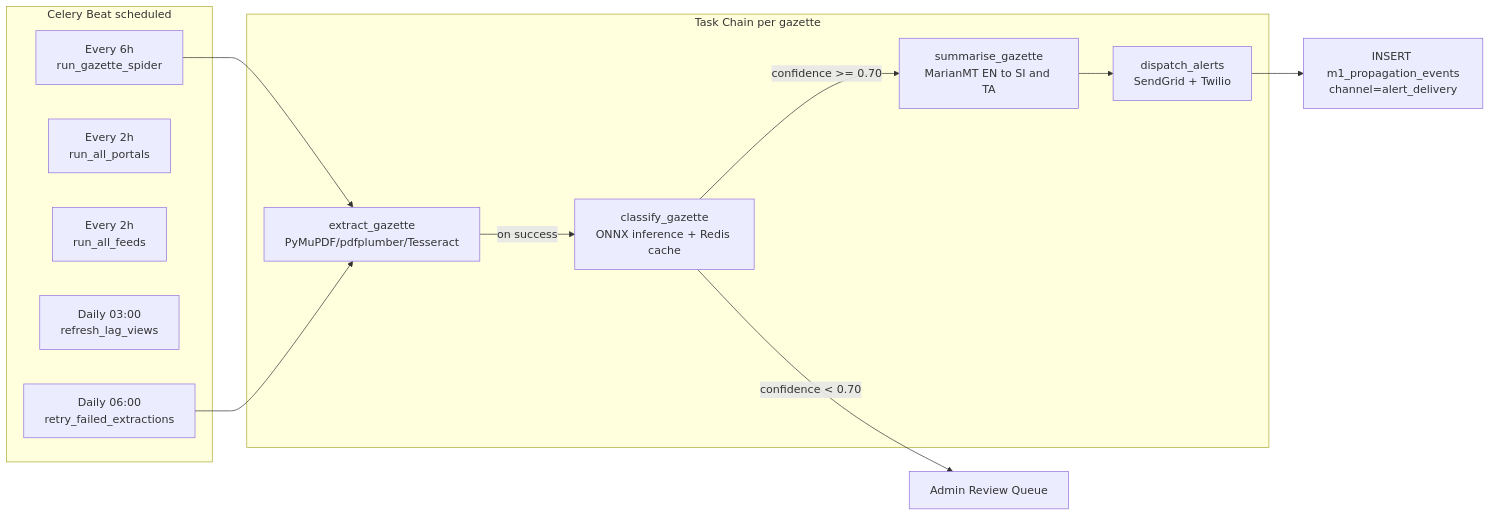
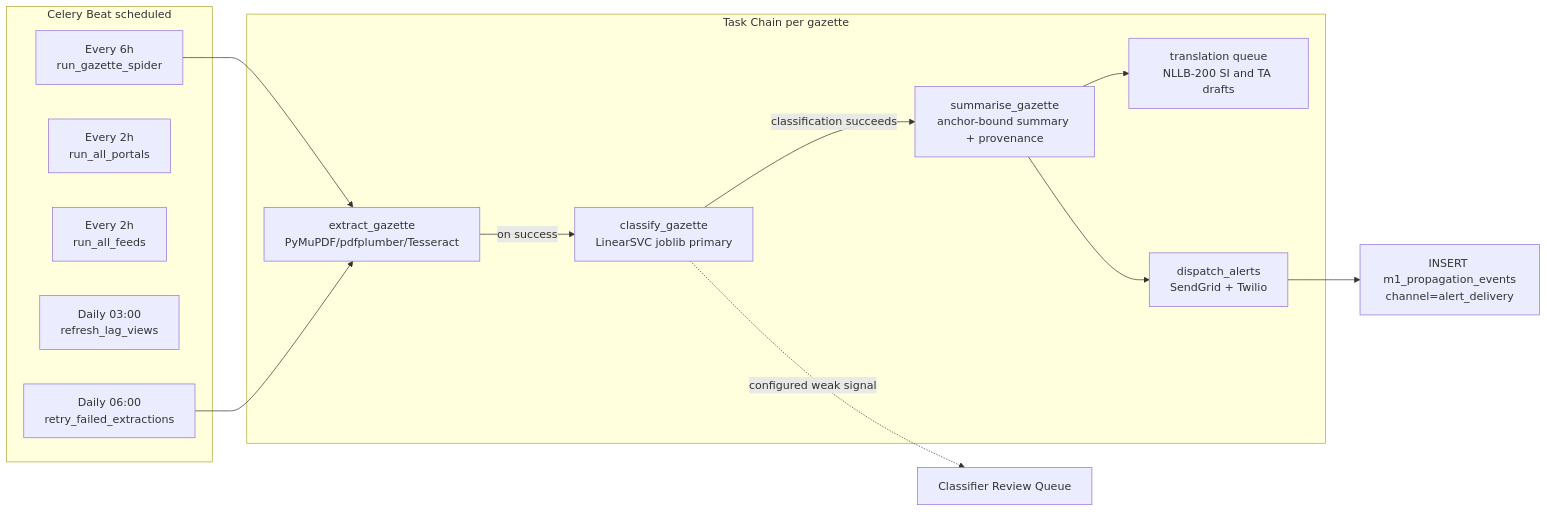
One commit to ifham-mohamed/obs-sme changed the second of 3 diagrams in 02-Research-Modules/1 Module-1-Awareness-Gap/08_M1_Full_System_Architecture.md. Above: the diagram before and after it, drawn with Mermaid. The commit also changed other lines of this file and 110 other files, not shown here.

````diff
--- a/02-Research-Modules/1 Module-1-Awareness-Gap/08_M1_Full_System_Architecture.md
+++ b/02-Research-Modules/1 Module-1-Awareness-Gap/08_M1_Full_System_Architecture.md
@@ -190,25 +198,27 @@
 ```mermaid
 flowchart LR
     subgraph Beat["Celery Beat scheduled"]
         B1[Every 6h<br/>run_gazette_spider]
         B2[Every 2h<br/>run_all_portals]
         B3[Every 2h<br/>run_all_feeds]
         B4[Daily 03:00<br/>refresh_lag_views]
         B5[Daily 06:00<br/>retry_failed_extractions]
     end
 
     subgraph Chain["Task Chain per gazette"]
         T1[extract_gazette<br/>PyMuPDF/pdfplumber/Tesseract]
-        T2[classify_gazette<br/>ONNX inference + Redis cache]
-        T3[summarise_gazette<br/>MarianMT EN to SI and TA]
+        T2[classify_gazette<br/>LinearSVC joblib primary]
+        T3[summarise_gazette<br/>anchor-bound summary + provenance]
+        T3B[translation queue<br/>NLLB-200 SI and TA drafts]
         T4[dispatch_alerts<br/>SendGrid + Twilio]
     end
 
     B1 --> T1
     B5 --> T1
     T1 -->|on success| T2
-    T2 -->|confidence >= 0.70| T3
-    T2 -->|confidence < 0.70| REVIEW[Admin Review Queue]
+    T2 -->|classification succeeds| T3
+    T2 -.->|configured weak signal| REVIEW[Classifier Review Queue]
+    T3 --> T3B
     T3 --> T4
     T4 --> PROP[INSERT m1_propagation_events<br/>channel=alert_delivery]
 ```
````
